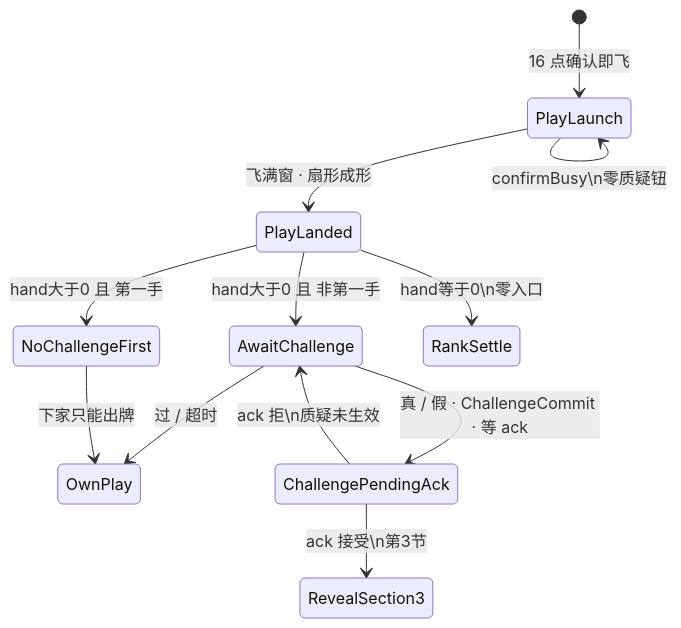
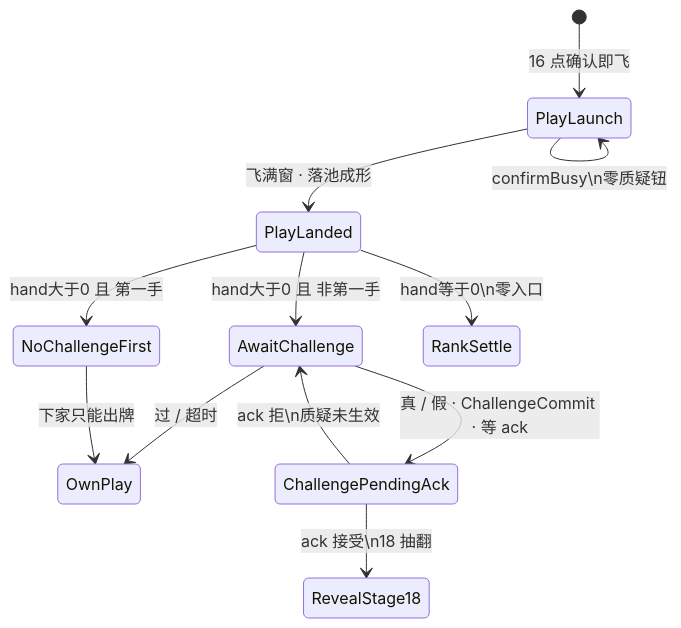
The diagram in docs/04-设计/17-局内质疑入口规格.md (xubin0903/LiarBar), drawn with Mermaid before and after one commit. The commit also changed other lines of this file and 5 other files, not shown here.

````diff
--- a/docs/04-设计/17-局内质疑入口规格.md
+++ b/docs/04-设计/17-局内质疑入口规格.md
@@ -83,14 +86,14 @@
 ```mermaid
 stateDiagram-v2
   [*] --> PlayLaunch: 16 点确认即飞
-  PlayLaunch --> PlayLanded: 飞满窗 · 扇形成形
+  PlayLaunch --> PlayLanded: 飞满窗 · 落池成形
   PlayLaunch --> PlayLaunch: confirmBusy\n零质疑钮
   PlayLanded --> AwaitChallenge: hand大于0 且 非第一手
   PlayLanded --> NoChallengeFirst: hand大于0 且 第一手
   PlayLanded --> RankSettle: hand等于0\n零入口
   AwaitChallenge --> OwnPlay: 过 / 超时
   AwaitChallenge --> ChallengePendingAck: 真 / 假 · ChallengeCommit · 等 ack
-  ChallengePendingAck --> RevealSection3: ack 接受\n第3节
+  ChallengePendingAck --> RevealStage18: ack 接受\n18 抽翻
   ChallengePendingAck --> AwaitChallenge: ack 拒\n质疑未生效
   NoChallengeFirst --> OwnPlay: 下家只能出牌
 ```
````
